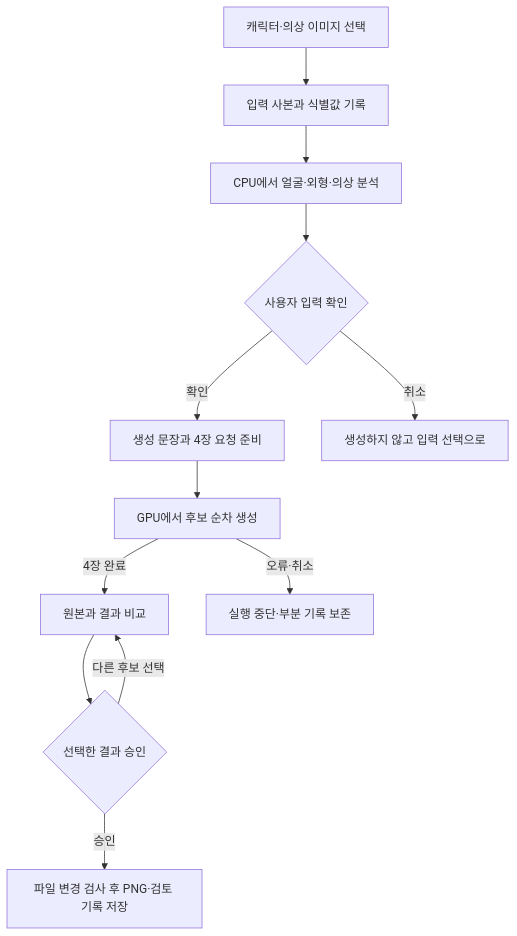
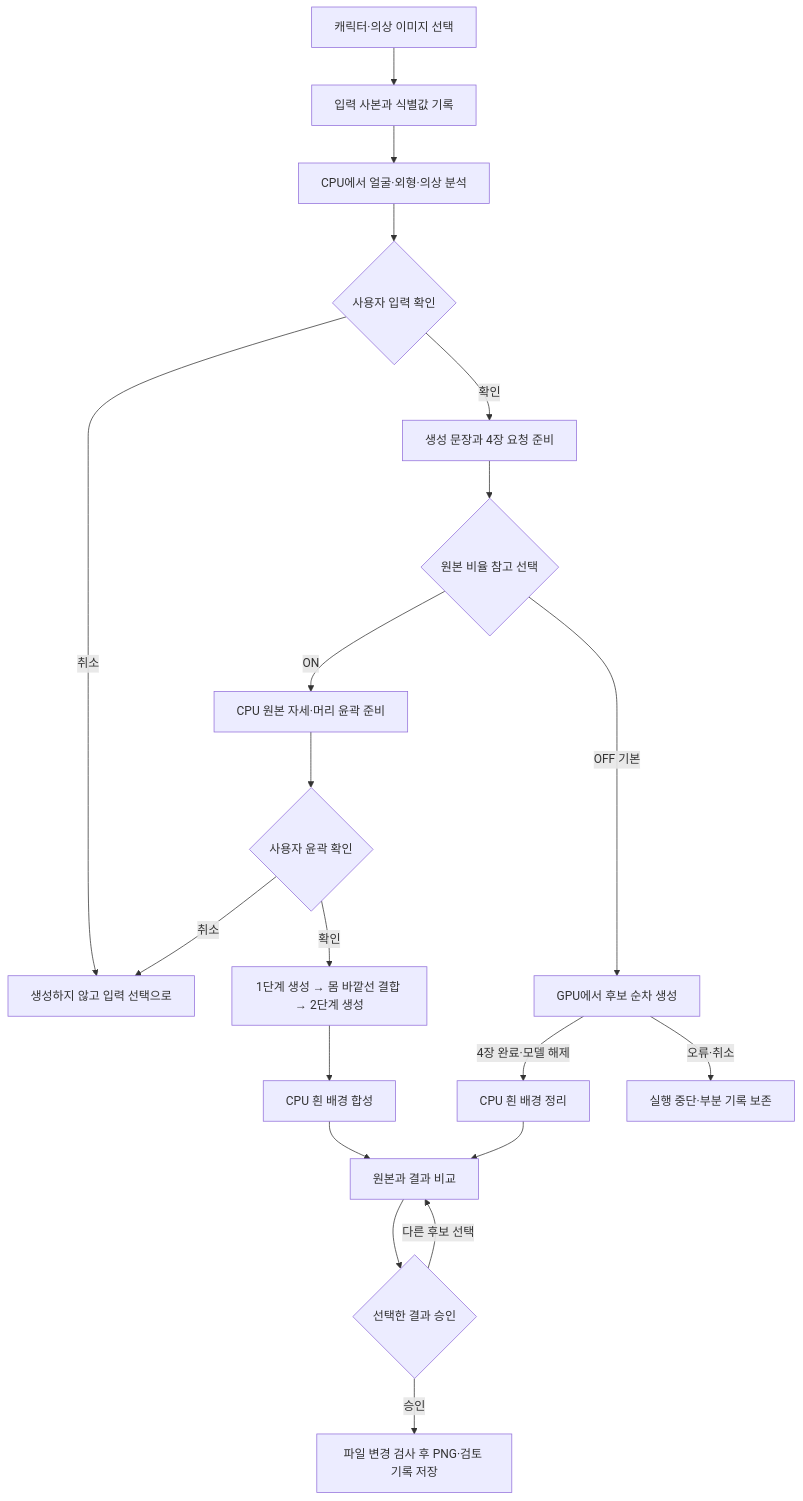
The diagram in docs/CODE_FLOW.md (hwang67120-bit/genai-lab), drawn with Mermaid before and after one commit. The commit also changed other lines of this file and 16 other files, not shown here.

````diff
--- a/docs/CODE_FLOW.md
+++ b/docs/CODE_FLOW.md
@@ -9,14 +9,22 @@
 ```mermaid
 flowchart TD
     A[캐릭터·의상 이미지 선택] --> B[입력 사본과 식별값 기록]
     B --> C[CPU에서 얼굴·외형·의상 분석]
     C --> D{사용자 입력 확인}
     D -->|확인| E[생성 문장과 4장 요청 준비]
     D -->|취소| X[생성하지 않고 입력 선택으로]
-    E --> F[GPU에서 후보 순차 생성]
-    F -->|4장 완료| G[원본과 결과 비교]
+    E --> O{원본 비율 참고 선택}
+    O -->|OFF 기본| F[GPU에서 후보 순차 생성]
+    O -->|ON| P[CPU 원본 자세·머리 윤곽 준비]
+    P --> Q{사용자 윤곽 확인}
+    Q -->|취소| X
+    Q -->|확인| R[1단계 생성 → 몸 바깥선 결합 → 2단계 생성]
+    R --> T[CPU 흰 배경 합성]
+    T --> G
+    F -->|4장 완료·모델 해제| W[CPU 흰 배경 정리]
+    W --> G[원본과 결과 비교]
     F -->|오류·취소| Y[실행 중단·부분 기록 보존]
     G --> H{선택한 결과 승인}
     H -->|승인| I[파일 변경 검사 후 PNG·검토 기록 저장]
     H -->|다른 후보 선택| G
 ```
````
